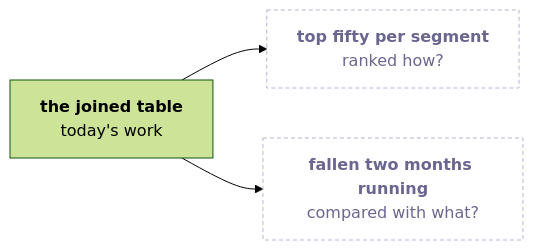
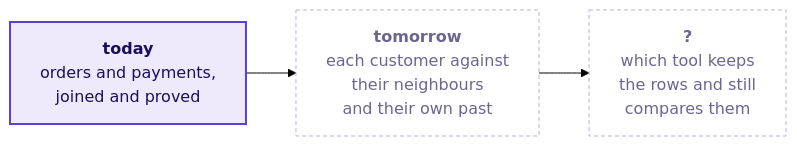
One commit to fde-academy-lab/c2-content-factory changed the eighth of 8 diagrams in content/W02/D2/slides/C2_W02_D02_half2_STUDENT.md. Above: the diagram before and after it, drawn with Mermaid (forest theme). The commit also changed other lines of this file and 11 other files, not shown here.

````diff
--- a/content/W02/D2/slides/C2_W02_D02_half2_STUDENT.md
+++ b/content/W02/D2/slides/C2_W02_D02_half2_STUDENT.md
@@ -251,7 +629,9 @@
 ```mermaid
 flowchart LR
-    J["<b>the joined table</b><br/>today's work"] --> T["<b>top fifty per segment</b><br/>ranked how?"]
-    J --> F["<b>fallen two months running</b><br/>compared with what?"]
+    T["<b>today</b><br/>orders and payments,<br/>joined and proved"] --> W["<b>tomorrow</b><br/>each customer against<br/>their neighbours<br/>and their own past"]
+    W --> Q["<b>?</b><br/>which tool keeps<br/>the rows and still<br/>compares them"]
+    classDef known fill:#EEEAFB,stroke:#5B3FD6,color:#1A0F5C,stroke-width:2px
     classDef unknown fill:#FFFFFF,stroke:#B8B2D6,color:#6B6690,stroke-dasharray:4 3
-    class T,F unknown
+    class T known
+    class W,Q unknown
 ```
````
